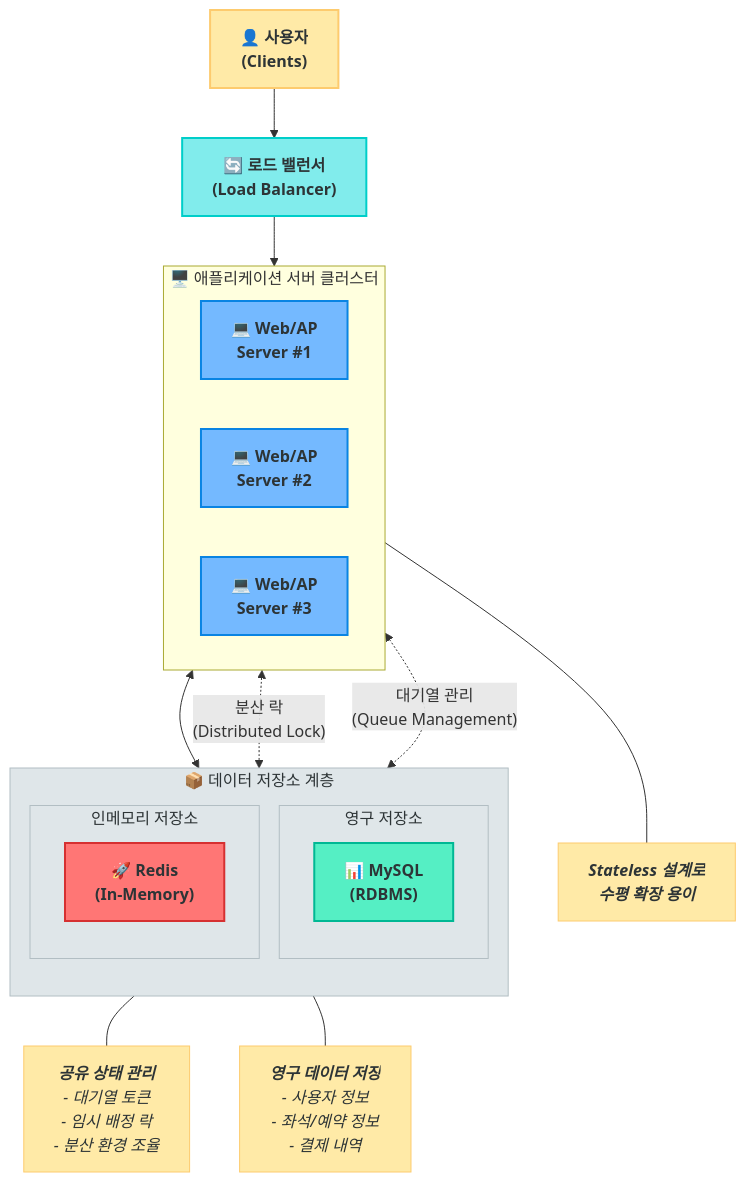
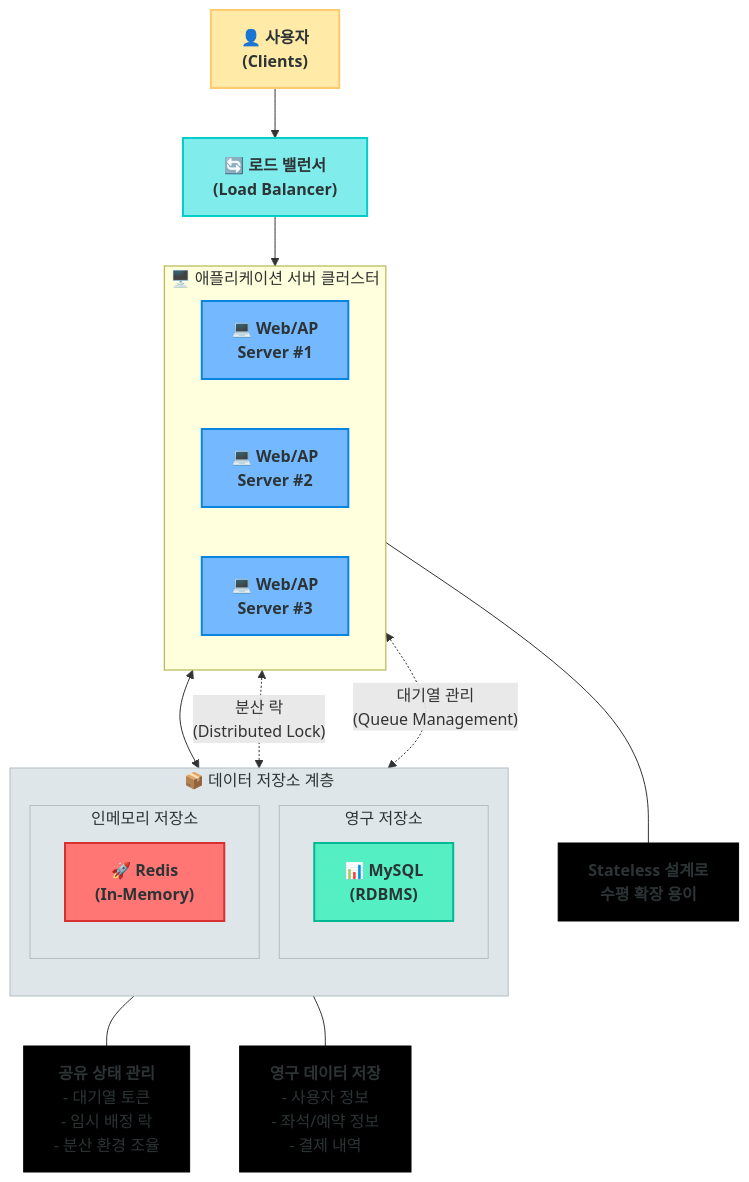
The diagram in docs/3_시스템_아키텍처_&_컴포넌트.md (kojw1017/kopring2), drawn with Mermaid before and after one commit. The commit also changed other lines of this file and 9 other files, not shown here.

````diff
--- a/docs/3_시스템_아키텍처_&_컴포넌트.md
+++ b/docs/3_시스템_아키텍처_&_컴포넌트.md
@@ -7,68 +7,67 @@
 ```mermaid
 flowchart TD
     %% 스타일 정의
     classDef userStyle fill:#ffeaa7,stroke:#fdcb6e,stroke-width:2px,color:#2d3436,font-weight:bold
     classDef lbStyle fill:#81ecec,stroke:#00cec9,stroke-width:2px,color:#2d3436,font-weight:bold
     classDef serverStyle fill:#74b9ff,stroke:#0984e3,stroke-width:2px,color:#2d3436,font-weight:bold
     classDef dbContainerStyle fill:#dfe6e9,stroke:#b2bec3,stroke-width:1px,color:#2d3436
     classDef mysqlStyle fill:#55efc4,stroke:#00b894,stroke-width:2px,color:#2d3436,font-weight:bold
     classDef redisStyle fill:#ff7675,stroke:#d63031,stroke-width:2px,color:#2d3436,font-weight:bold
+    classDef commentStyle fill:#000000,stroke:#000000,stroke-width:1px,color:#2d3436
     
     %% 노드 정의
     User["👤 사용자\n(Clients)"] --> LB["🔄 로드 밸런서\n(Load Balancer)"]
     
     subgraph Servers["🖥️ 애플리케이션 서버 클러스터"]
         direction LR
         Server1["💻 Web/AP\nServer #1"]
         Server2["💻 Web/AP\nServer #2"]
         Server3["💻 Web/AP\nServer #3"]
     end
     
     LB --> Servers
     
     subgraph Storage["📦 데이터 저장소 계층"]
         direction TB
         subgraph Persistence["영구 저장소"]
             MySQL["📊 MySQL\n(RDBMS)"]
         end
         
         subgraph Cache["인메모리 저장소"]
             Redis["🚀 Redis\n(In-Memory)"]
         end
     end
     
     %% 관계 정의
     Servers <--> MySQL
     
     Servers <-.-> |"분산 락\n(Distributed Lock)"| Redis
     Servers <-.-> |"대기열 관리\n(Queue Management)"| Redis
     
     %% 노드별 스타일 지정
     class User userStyle
     class LB lbStyle
     class Server1,Server2,Server3 serverStyle
     class Storage dbContainerStyle
     class Persistence,Cache dbContainerStyle
     class MySQL mysqlStyle
     class Redis redisStyle
     
     %% 주석 추가
     ServerComment["`**Stateless 설계로**
     **수평 확장 용이**`"]:::commentStyle
     
     RedisComment["`**공유 상태 관리**
     - 대기열 토큰
     - 임시 배정 락
     - 분산 환경 조율`"]:::commentStyle
     
     MySQLComment["`**영구 데이터 저장**
     - 사용자 정보
     - 좌석/예약 정보
     - 결제 내역`"]:::commentStyle
     
     Server2 --- ServerComment
     Redis --- RedisComment
     MySQL --- MySQLComment
-    
-    classDef commentStyle fill:#ffeaa7,stroke:#fdcb6e,stroke-width:1px,color:#2d3436,font-style:italic
 ```
````
